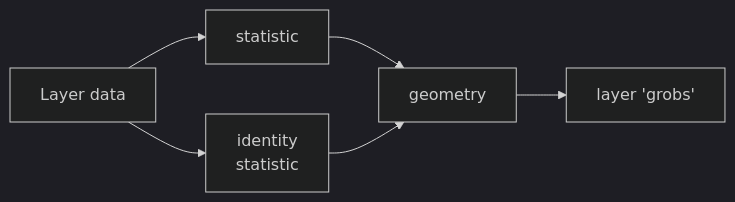
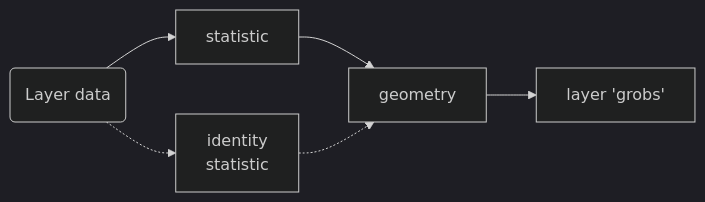
The first of 3 diagrams in pages/ggplot2-introduction.qmd (aphalo/r4p-blog), drawn with Mermaid (dark theme) before and after one commit. The commit also changed other lines of this file and 14 other files, not shown here.

Commit message:
ggplot2 intro add some text and diagrams

````diff
--- a/pages/ggplot2-introduction.qmd
+++ b/pages/ggplot2-introduction.qmd
@@ -28,6 +46,8 @@
 ```{mermaid}
+%%| label: fig-layer-data-flow
+%%| fig-cap: Data flow in a single plot layer. ggplot objects can contain zero, one, or more layers.
 %%| fig-align: center
 flowchart LR
-  A[Layer data] --> B[statistic] --> C[geometry] --> d[layer 'grobs']
-  A --> b[identity\nstatistic] --> C
+  A(Layer data) --> B[statistic] --> C[geometry] --> D[layer 'grobs']
+  A -.-> b[identity\nstatistic] -.-> C
 ```
````
